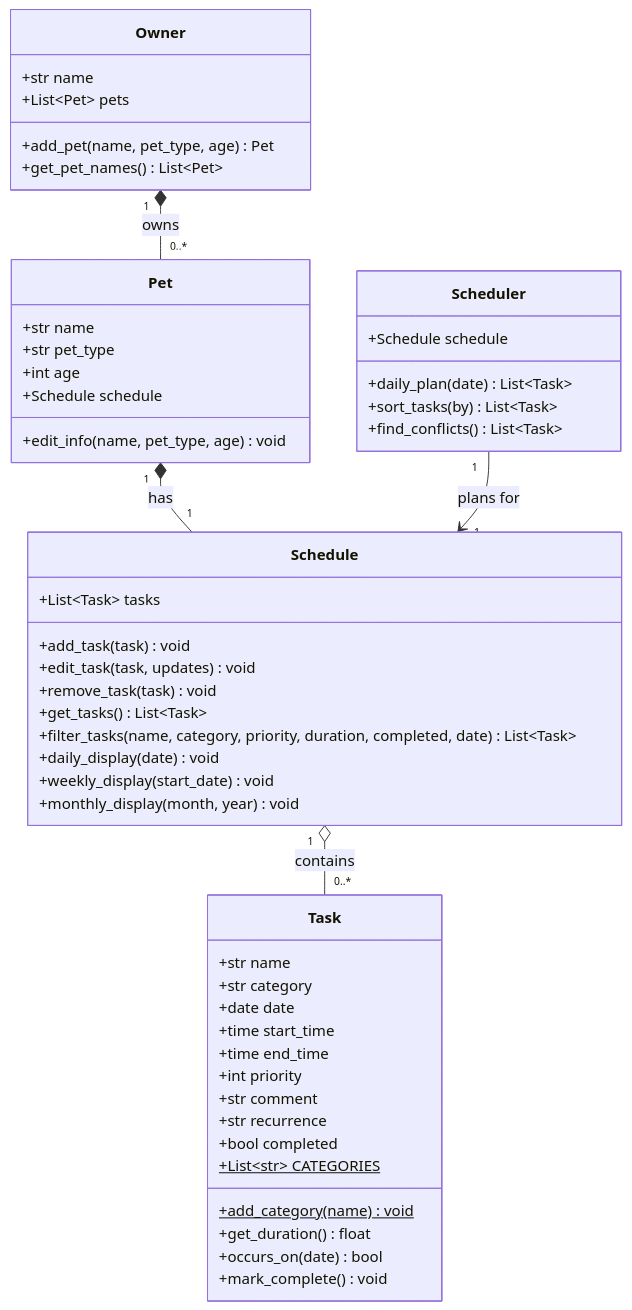
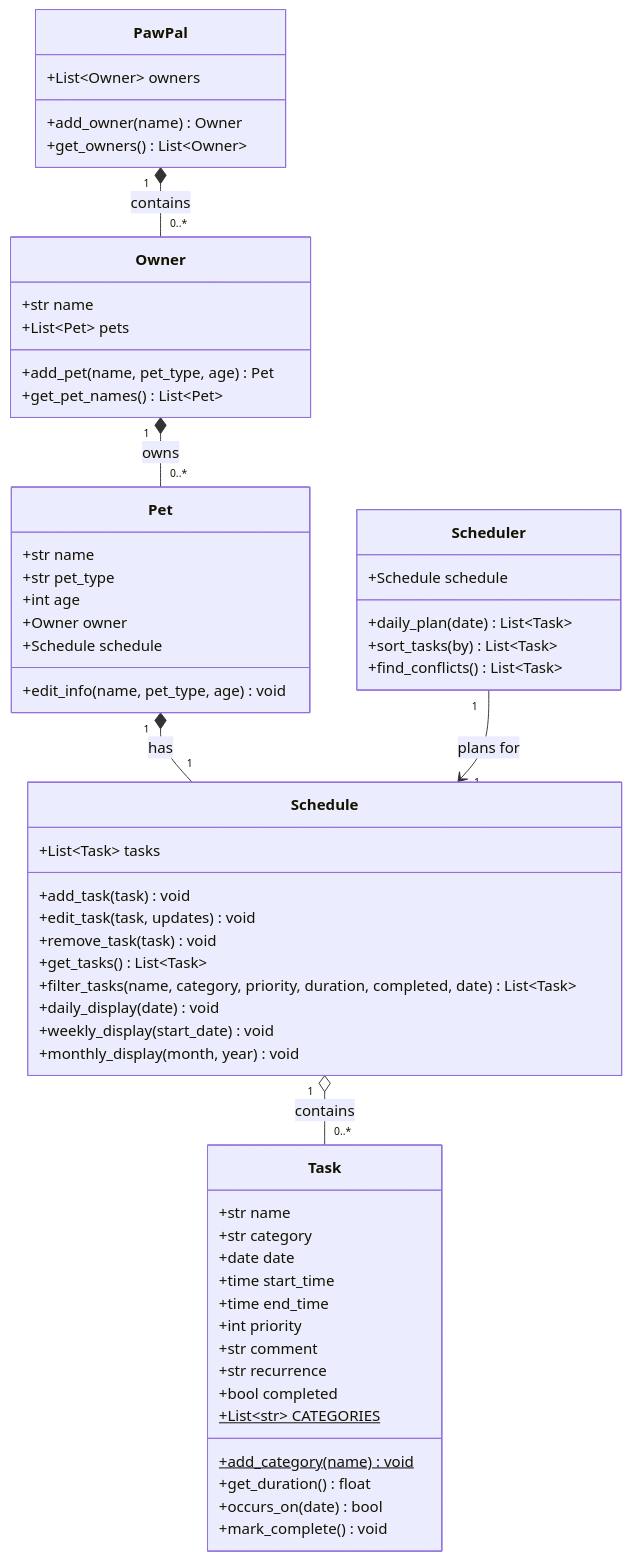
The diagram in diagrams/uml_draft.mmd (ana-lomidze/ai110-module2show-pawpal-starter), drawn with Mermaid before and after one commit. The commit also changed 1 other file, not shown here.

Commit message:
class skelecton and UML edits

```diff
--- a/diagrams/uml_draft.mmd
+++ b/diagrams/uml_draft.mmd
@@ -1,56 +1,64 @@
 classDiagram
+    class PawPal {
+        +List~Owner~ owners
+        +add_owner(name) Owner
+        +get_owners() List~Owner~
+    }
+
     class Owner {
         +str name
         +List~Pet~ pets
         +add_pet(name, pet_type, age) Pet
         +get_pet_names() List~Pet~
     }
 
     class Pet {
         +str name
         +str pet_type
         +int age
+        +Owner owner
         +Schedule schedule
         +edit_info(name, pet_type, age) void
     }
 
     class Schedule {
         +List~Task~ tasks
         +add_task(task) void
         +edit_task(task, updates) void
         +remove_task(task) void
         +get_tasks() List~Task~
         +filter_tasks(name, category, priority, duration, completed, date) List~Task~
         +daily_display(date) void
         +weekly_display(start_date) void
         +monthly_display(month, year) void
     }
 
     class Task {
         +str name
         +str category
         +date date
         +time start_time
         +time end_time
         +int priority
         +str comment
         +str recurrence
         +bool completed
         +List~str~ CATEGORIES$
         +add_category(name)$ void
         +get_duration() float
         +occurs_on(date) bool
         +mark_complete() void
     }
 
     class Scheduler {
         +Schedule schedule
         +daily_plan(date) List~Task~
         +sort_tasks(by) List~Task~
         +find_conflicts() List~Task~
     }
 
+    PawPal "1" *-- "0..*" Owner : contains
     Owner "1" *-- "0..*" Pet : owns
     Pet "1" *-- "1" Schedule : has
     Schedule "1" o-- "0..*" Task : contains
     Scheduler "1" --> "1" Schedule : plans for
```
